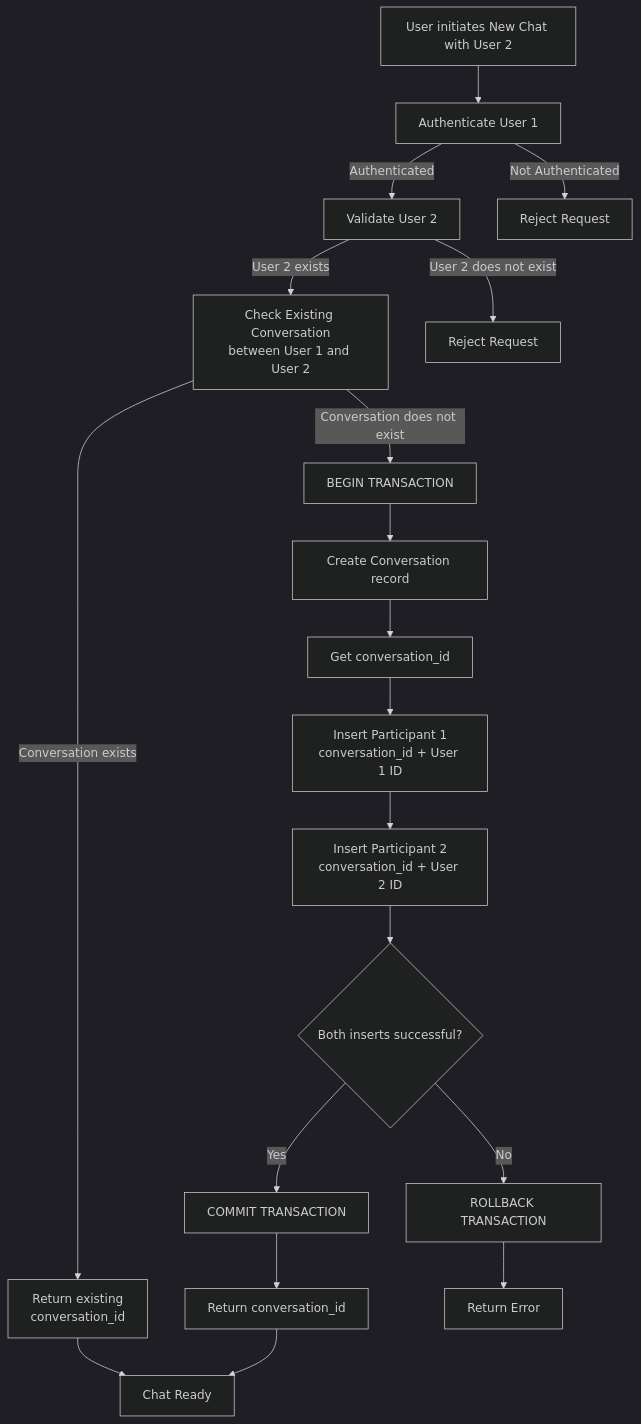
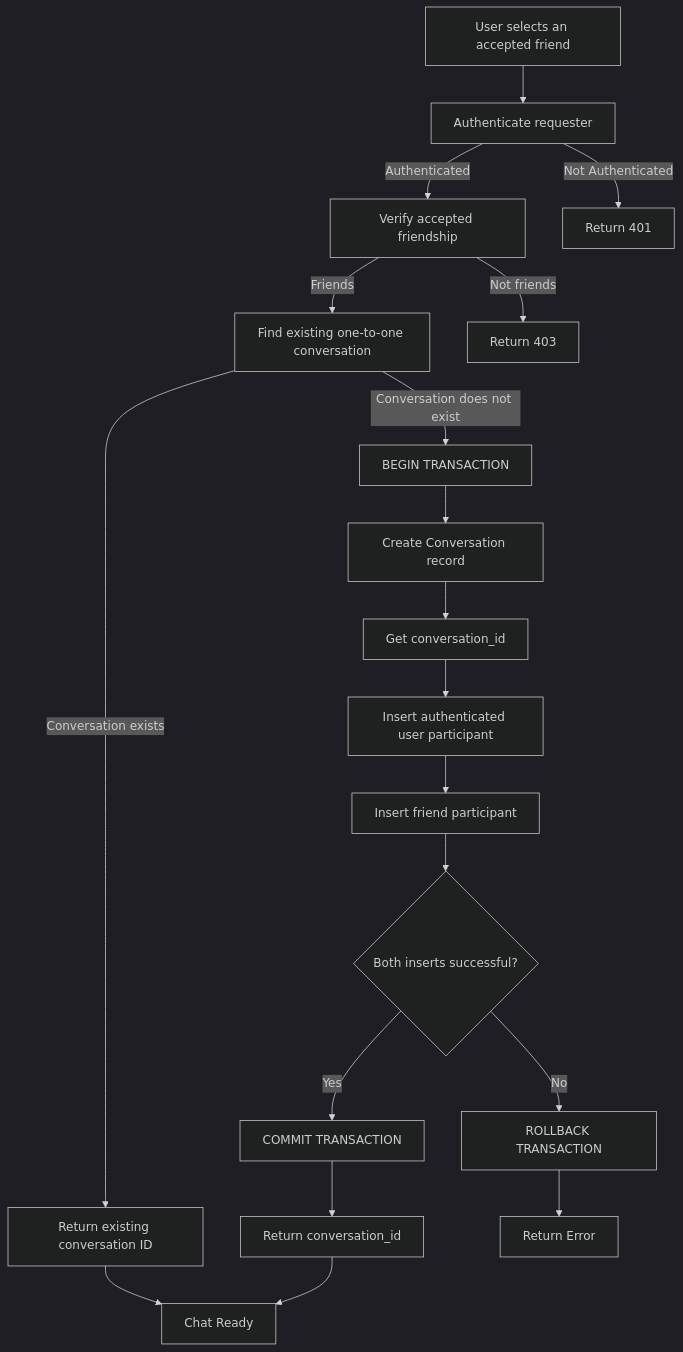
One commit to ShreeshCS/Teco changed the diagram in docs/new-chat-flow.md. Above: the diagram before and after it, drawn with Mermaid (dark theme). The commit also changed other lines of this file and 41 other files, not shown here.

````diff
--- a/docs/new-chat-flow.md
+++ b/docs/new-chat-flow.md
@@ -3,31 +3,31 @@
 ```mermaid
 flowchart TD
-    A[User initiates New Chat with User 2] --> B[Authenticate User 1]
+    A[User selects an accepted friend] --> B[Authenticate requester]
 
-    B -->|Authenticated| C[Validate User 2]
-    B -->|Not Authenticated| X1[Reject Request]
+    B -->|Authenticated| C[Verify accepted friendship]
+    B -->|Not Authenticated| X1[Return 401]
 
-    C -->|User 2 exists| D[Check Existing Conversation<br/>between User 1 and User 2]
-    C -->|User 2 does not exist| X2[Reject Request]
+    C -->|Friends| D[Find existing one-to-one conversation]
+    C -->|Not friends| X2[Return 403]
 
-    D -->|Conversation exists| E[Return existing<br/>conversation_id]
+    D -->|Conversation exists| E[Return existing conversation ID]
 
     D -->|Conversation does not exist| F[BEGIN TRANSACTION]
 
     F --> G[Create Conversation record]
     G --> H[Get conversation_id]
 
-    H --> I[Insert Participant 1<br/>conversation_id + User 1 ID]
-    I --> J[Insert Participant 2<br/>conversation_id + User 2 ID]
+    H --> I[Insert authenticated user participant]
+    I --> J[Insert friend participant]
 
     J --> K{Both inserts successful?}
 
     K -->|Yes| L[COMMIT TRANSACTION]
     K -->|No| M[ROLLBACK TRANSACTION]
 
     L --> N[Return conversation_id]
     M --> X3[Return Error]
 
     E --> O[Chat Ready]
     N --> O
 ```
````
